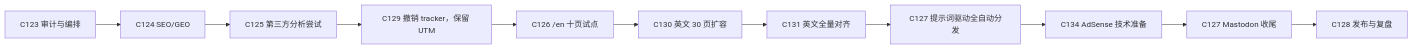
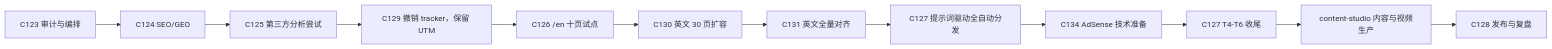
Before and after one commit to IllegalCreed/algorithms-visualization: the diagram in docs/marketing/roadmap.md, drawn with Mermaid. The commit also changed other lines of this file and 14 other files, not shown here.

````diff
--- a/docs/marketing/roadmap.md
+++ b/docs/marketing/roadmap.md
@@ -35,13 +35,14 @@
 ```mermaid
 flowchart LR
   C123["C123 审计与编排"] --> C124["C124 SEO/GEO"]
   C124 --> C125["C125 第三方分析尝试"]
   C125 --> C129["C129 撤销 tracker，保留 UTM"]
   C129 --> C126["C126 /en 十页试点"]
   C126 --> C130["C130 英文 30 页扩容"]
   C130 --> C131["C131 英文全量对齐"]
   C131 --> C127["C127 提示词驱动全自动分发"]
   C127 --> C134["C134 AdSense 技术准备"]
-  C134 --> C127B["C127 Mastodon 收尾"]
-  C127B --> C128["C128 发布与复盘"]
+  C134 --> C127B["C127 T4-T6 收尾"]
+  C127B --> STUDIO["content-studio 内容与视频生产"]
+  STUDIO --> C128["C128 发布与复盘"]
 ```
````
